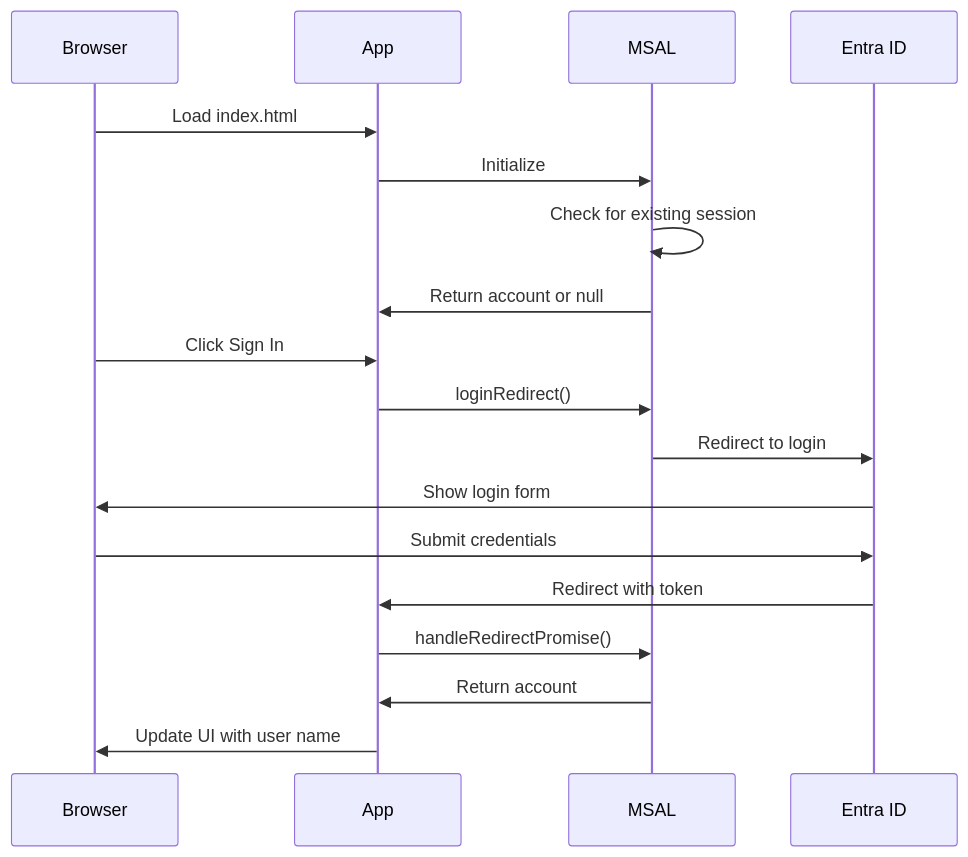
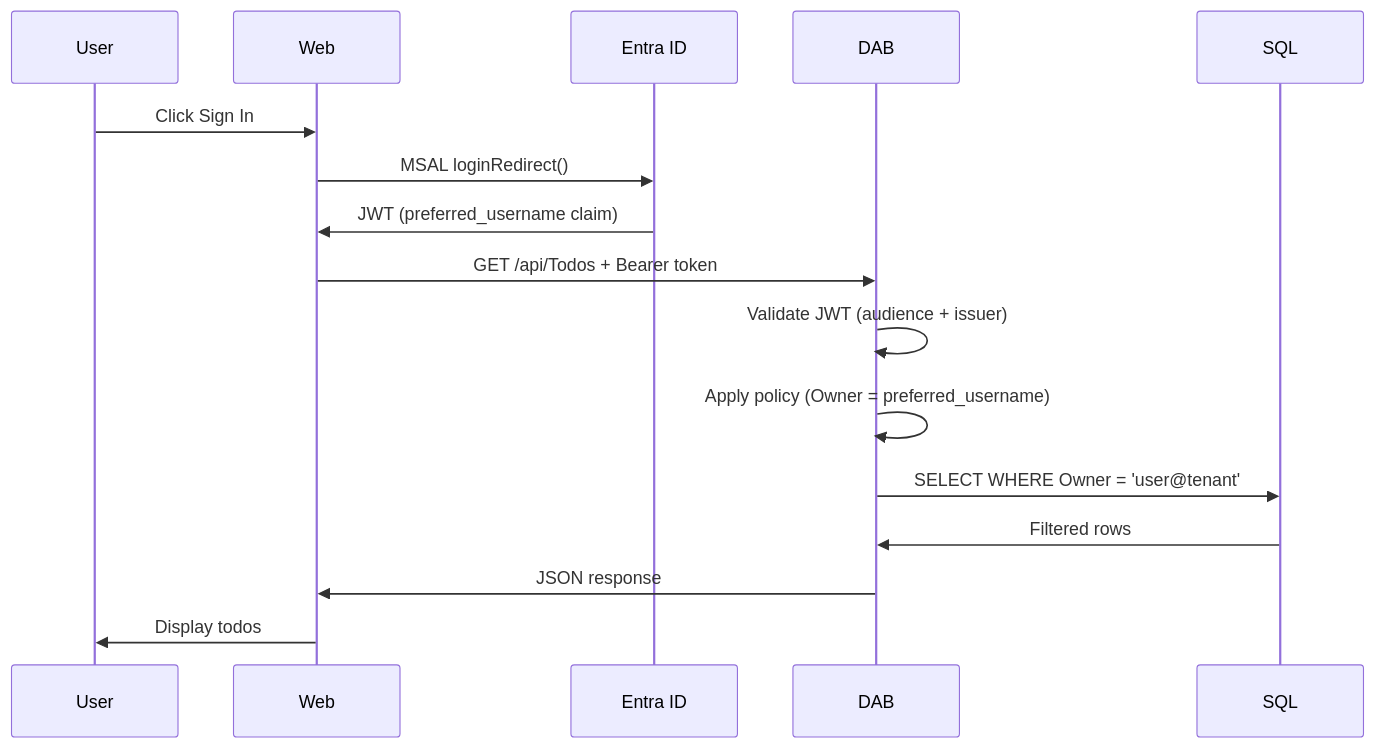
Before and after one commit to JerryNixon/github-copilot-sql-dab-azure-mcp: the third of 3 diagrams in README.md, drawn with Mermaid. The commit also changed other lines of this file and 25 other files, not shown here.

````diff
--- a/README.md
+++ b/README.md
@@ -273,21 +188,19 @@
 ```mermaid
 sequenceDiagram
-    participant Browser
-    participant App
-    participant MSAL
+    participant User
+    participant Web
     participant Entra ID
-    
-    Browser->>App: Load index.html
-    App->>MSAL: Initialize
-    MSAL->>MSAL: Check for existing session
-    MSAL->>App: Return account or null
-    Browser->>App: Click Sign In
-    App->>MSAL: loginRedirect()
-    MSAL->>Entra ID: Redirect to login
-    Entra ID->>Browser: Show login form
-    Browser->>Entra ID: Submit credentials
-    Entra ID->>App: Redirect with token
-    App->>MSAL: handleRedirectPromise()
-    MSAL->>App: Return account
-    App->>Browser: Update UI with user name
+    participant DAB
+    participant SQL
+
+    User->>Web: Click Sign In
+    Web->>Entra ID: MSAL loginRedirect()
+    Entra ID->>Web: JWT (preferred_username claim)
+    Web->>DAB: GET /api/Todos + Bearer token
+    DAB->>DAB: Validate JWT (audience + issuer)
+    DAB->>DAB: Apply policy (Owner = preferred_username)
+    DAB->>SQL: SELECT WHERE Owner = 'user@tenant'
+    SQL->>DAB: Filtered rows
+    DAB->>Web: JSON response
+    Web->>User: Display todos
 ```
````
